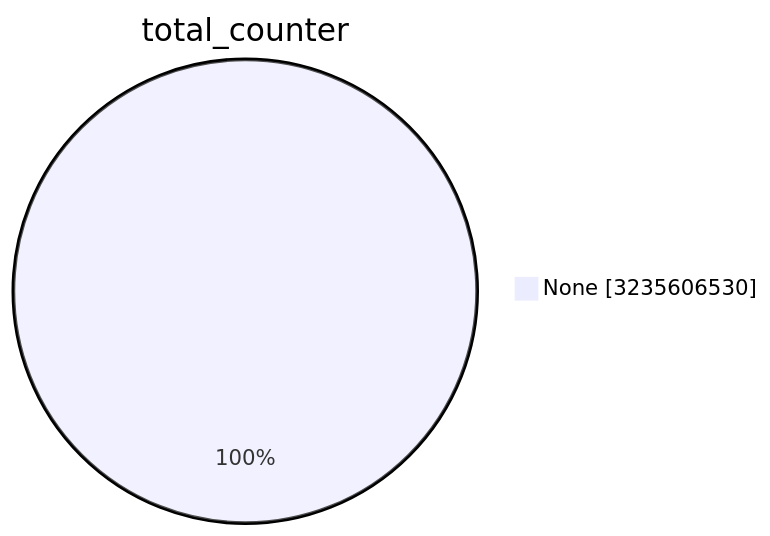
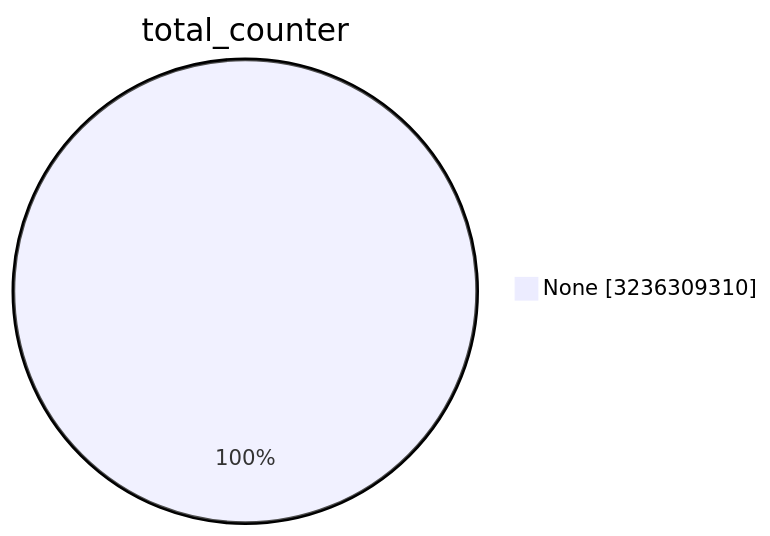
Before and after one commit to christiankrug/ctmonitor_visualization: the first of 15 diagrams in TOTAL/README.md, drawn with Mermaid. The commit also changed other lines of this file, not shown here.

````diff
--- a/TOTAL/README.md
+++ b/TOTAL/README.md
@@ -1,5 +1,5 @@
 ```mermaid
 pie showData
 title total_counter
-"None" :3235606530
+"None" :3236309310
 ```
````
